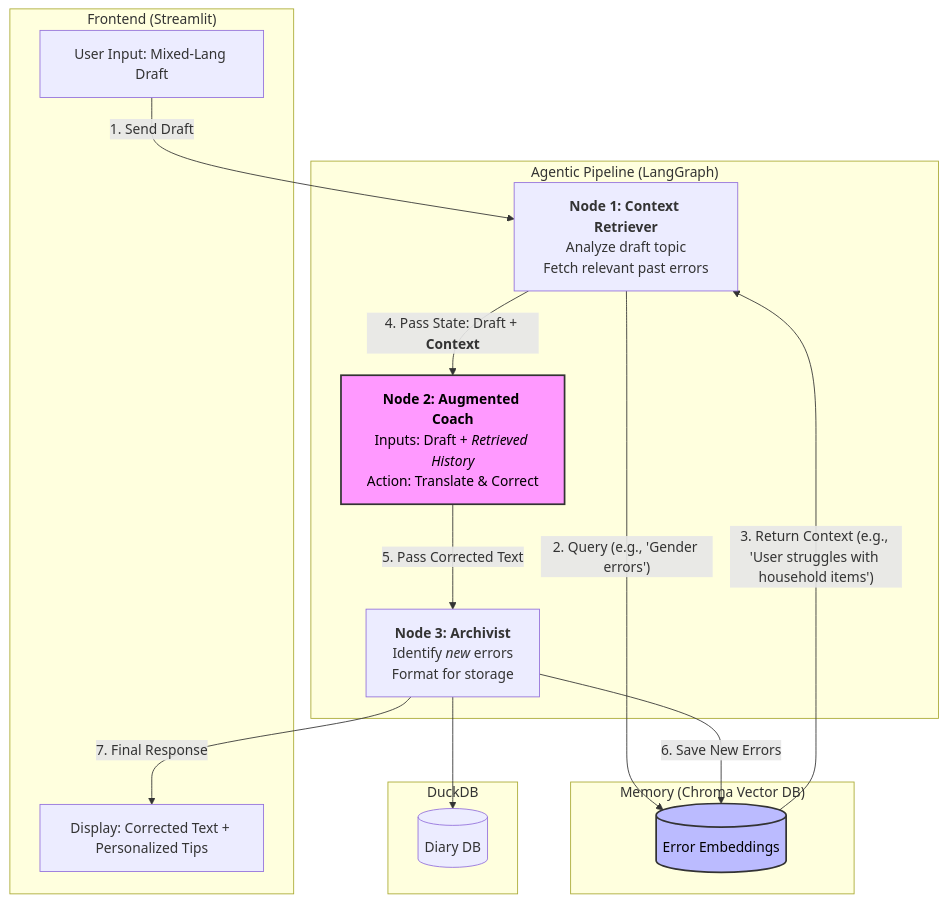
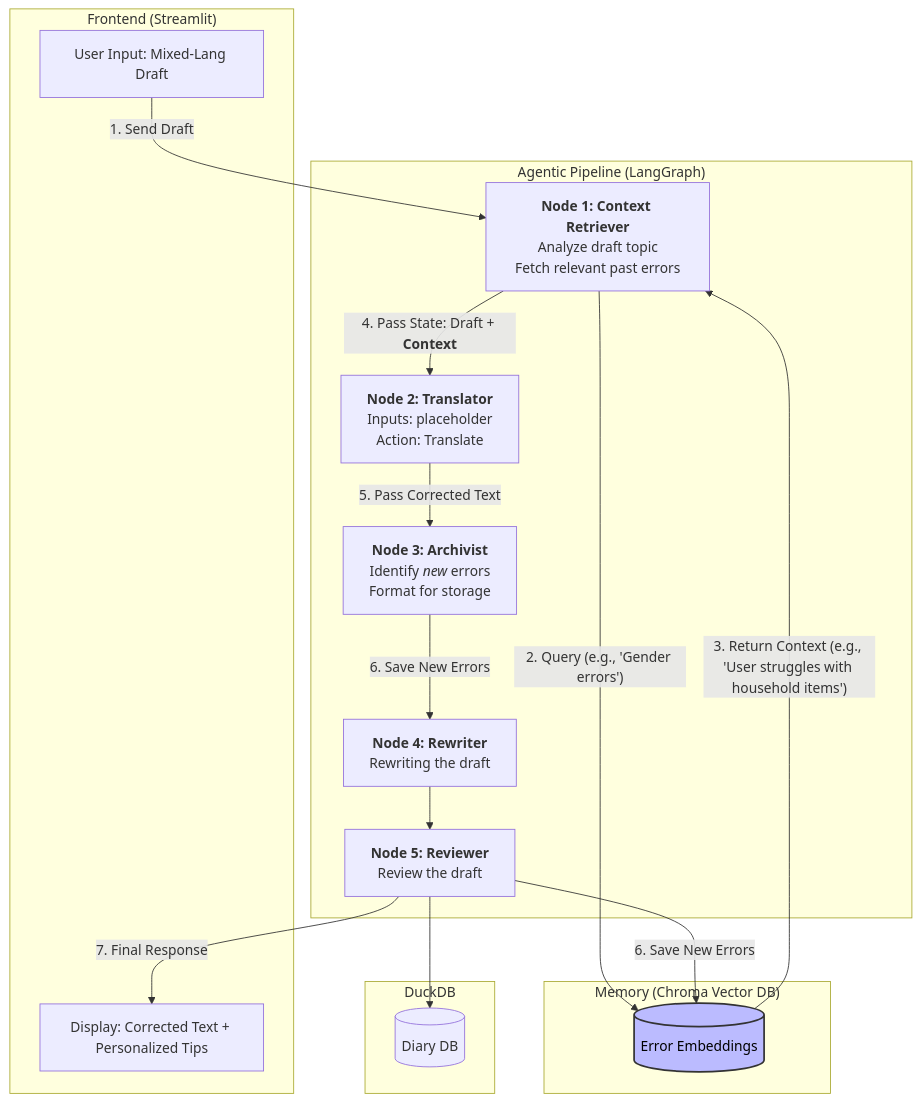
The diagram in README.md (Kensuke-Mitsuzawa/showcase-LangDiaryAgentic), drawn with Mermaid before and after one commit. The commit also changed other lines of this file, not shown here.

Commit message:
updating the mermeid graph

````diff
--- a/README.md
+++ b/README.md
@@ -89,51 +92,83 @@
 ```mermaid
+
 graph TD
-    %% 1. The User Interface Layer
-    subgraph "Frontend (Streamlit)"
-        UI_Input[User Input: Mixed-Lang Draft]
-        UI_Output[Display: Corrected Text + Personalized Tips]
-    end
 
-    %% 2. DBs
-    subgraph "Memory (Chroma Vector DB)"
-        VDB[(Error Embeddings)]
-    end
-    subgraph "DuckDB"
-        DDB[(Diary DB)]
-    end
-    
-    %% 3. The Agentic Pipeline (LangGraph)
-    subgraph "Agentic Pipeline (LangGraph)"
-        
-        %% Step 1: Analyze & Retrieve
-        Node_Retriever[<b>Node 1: Context Retriever</b><br/>Analyze draft topic<br/>Fetch relevant past errors]
-        
-        %% Step 2: Augment & Generate
-        Node_Processor[<b>Node 2: Augmented Coach</b><br/>Inputs: Draft + <i>Retrieved History</i><br/>Action: Translate & Correct]
-        
-        %% Step 3: Extract & Store
-        Node_Archivist[<b>Node 3: Archivist</b><br/>Identify <i>new</i> errors<br/>Format for storage]
-    end
+%% 1. The User Interface Layer
 
-    %% The Flow
-    UI_Input -->|1. Send Draft| Node_Retriever
-    
-    %% The RAG Loop (The Critical Part)
-    Node_Retriever -->|"2. Query (e.g., 'Gender errors')"| VDB
-    VDB -->|"3. Return Context (e.g., 'User struggles with household items')"| Node_Retriever
-    
-    Node_Archivist -->DDB
-    
-    Node_Retriever -->|4. Pass State: Draft + <b>Context</b>| Node_Processor
-    
-    %% Processing
-    Node_Processor -->|5. Pass Corrected Text| Node_Archivist
-    
-    %% Closing the Loops
-    Node_Archivist -->|6. Save New Errors| VDB
-    Node_Archivist -->|7. Final Response| UI_Output
+subgraph "Frontend (Streamlit)"
 
-    %% Styling
-    style Node_Processor fill:#f9f,stroke:#333,stroke-width:2px,color:black
-    style VDB fill:#bbf,stroke:#333,stroke-width:2px,color:black
+UI_Input[User Input: Mixed-Lang Draft]
+
+UI_Output[Display: Corrected Text + Personalized Tips]
+
+end
+
+  
+
+%% 2. DBs
+
+subgraph "Memory (Chroma Vector DB)"
+
+VDB[(Error Embeddings)]
+
+end
+
+subgraph "DuckDB"
+
+DDB[(Diary DB)]
+
+end
+
+%% 3. The Agentic Pipeline (LangGraph)
+
+subgraph "Agentic Pipeline (LangGraph)"
+
+%% Step 1: Retrieve
+
+Node_Retriever[<b>Node 1: Context Retriever</b><br/>Analyze draft topic<br/>Fetch relevant past errors]
+
+%% Step 2: Translation
+
+Node_Translator[<b>Node 2: Translator</b><br/>Inputs: placeholder<br/>Action: Translate]
+
+%% Step 3: Error analysis & Store
+
+Node_Archivist[<b>Node 3: Archivist</b><br/>Identify <i>new</i> errors<br/>Format for storage]
+
+%% Step 4: Rewriting
+Node_Rewriter[<b>Node 4: Rewriter</b><br/>Rewriting the draft<br/>]
+
+%% Step 5: Review
+Node_Reviewer[<b>Node 5: Reviewer</b><br/>Review the draft<br/>]
+
+end
+
+
+%% The Flow
+
+UI_Input -->|1. Send Draft| Node_Retriever
+
+%% The RAG Loop (The Critical Part)
+
+Node_Retriever -->|"2. Query (e.g., 'Gender errors')"| VDB
+
+VDB -->|"3. Return Context (e.g., 'User struggles with household items')"| Node_Retriever
+Node_Retriever -->|4. Pass State: Draft + <b>Context</b>| Node_Translator
+
+%% Processing
+
+Node_Translator -->|5. Pass Corrected Text| Node_Archivist
+Node_Archivist -->|6. Save New Errors| Node_Rewriter
+Node_Rewriter --> Node_Reviewer
+
+%% Closing the Loops
+Node_Reviewer -->DDB
+Node_Reviewer -->|6. Save New Errors| VDB
+Node_Reviewer -->|7. Final Response| UI_Output
+
+  
+
+%% Styling
+
+style VDB fill:#bbf,stroke:#333,stroke-width:2px,color:black
 ```
````
